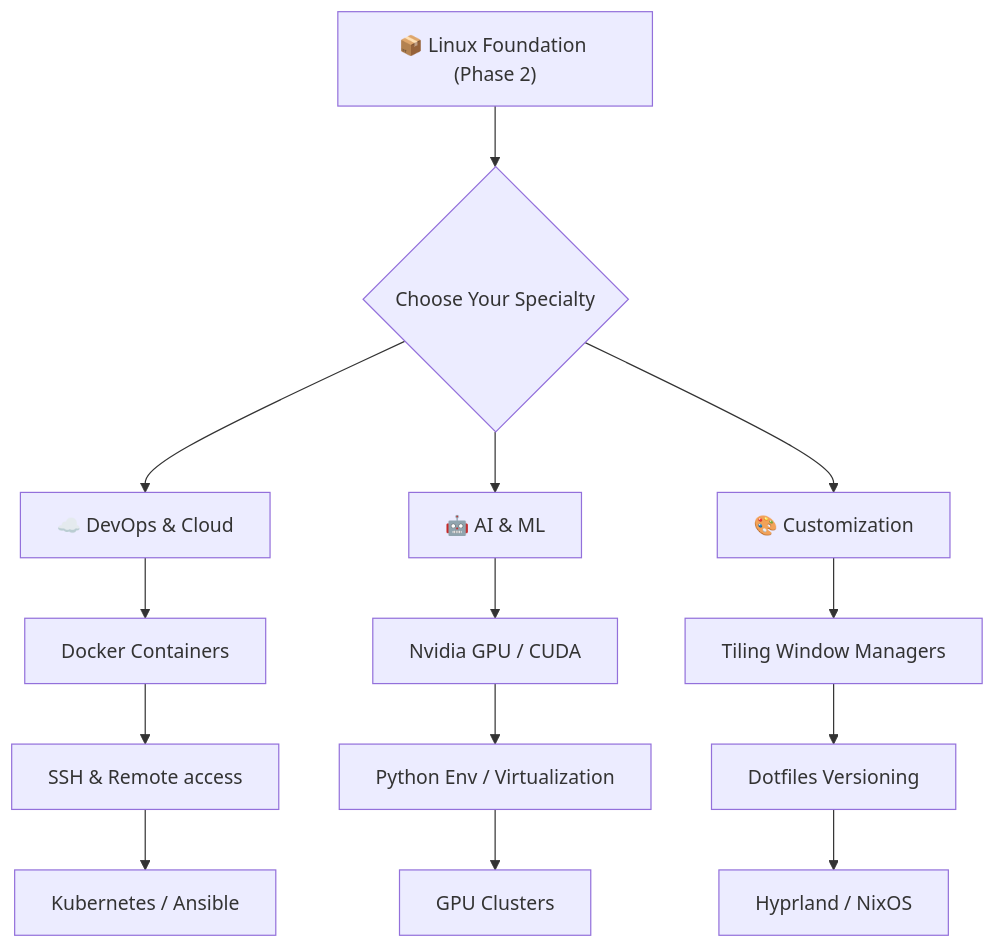
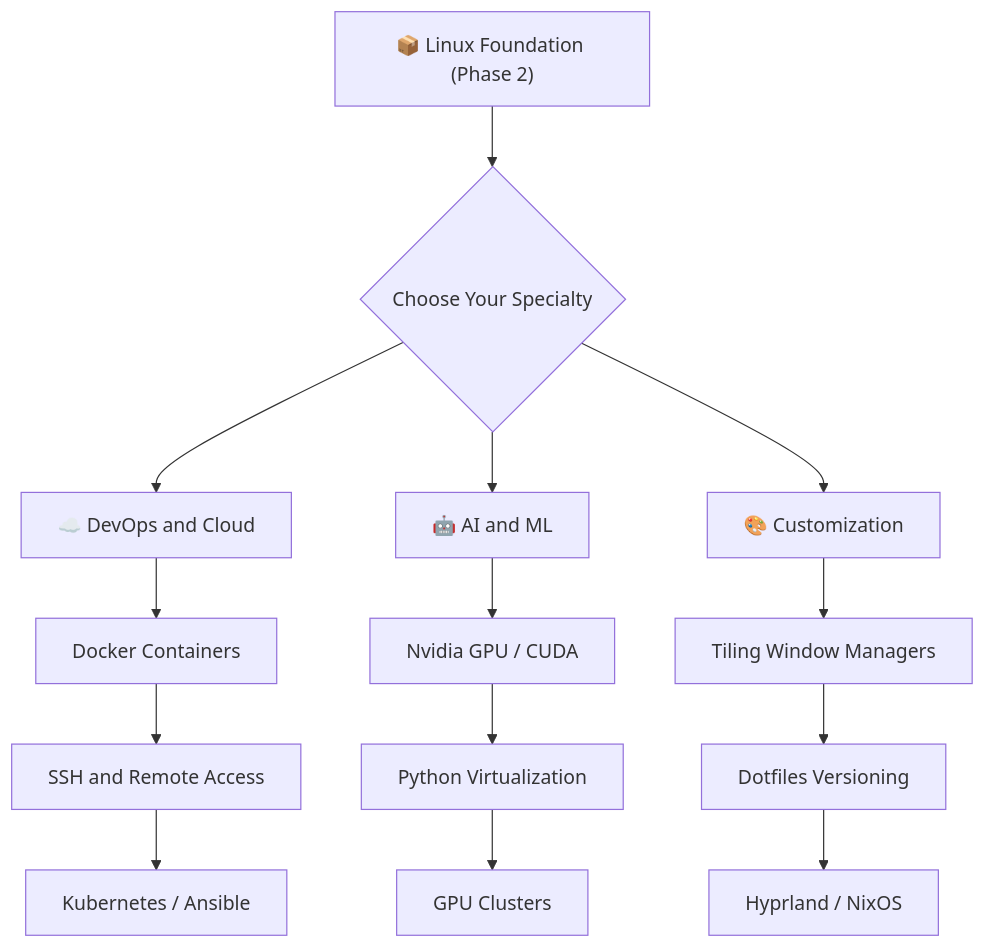
One commit to Harshajaya13/Foss-Club changed the fourth of 4 diagrams in phase2.md. Above: the diagram before and after it, drawn with Mermaid. The commit also changed other lines of this file and 3 other files, not shown here.

````diff
--- a/phase2.md
+++ b/phase2.md
@@ -277,12 +308,20 @@
 ```mermaid
 graph TD
-    Foundation["📦 Linux Foundation (Phase 2)"] --> Choice{"Choose Your Specialty"}
+    Foundation["📦 Linux Foundation (Phase 2)"] --> Choice{Choose Your Specialty}
     
-    Choice --> Devops["☁️ DevOps & Cloud"]
-    Choice --> AI["🤖 AI & ML"]
+    Choice --> Devops["☁️ DevOps and Cloud"]
+    Choice --> AI["🤖 AI and ML"]
     Choice --> Custom["🎨 Customization"]
     
-    Devops --> D1["Docker Containers"] --> D2["SSH & Remote access"] --> D3["Kubernetes / Ansible"]
-    AI --> A1["Nvidia GPU / CUDA"] --> A2["Python Env / Virtualization"] --> A3["GPU Clusters"]
-    Custom --> C1["Tiling Window Managers"] --> C2["Dotfiles Versioning"] --> C3["Hyprland / NixOS"]
+    Devops --> D1["Docker Containers"]
+    D1 --> D2["SSH and Remote Access"]
+    D2 --> D3["Kubernetes / Ansible"]
+    
+    AI --> A1["Nvidia GPU / CUDA"]
+    A1 --> A2["Python Virtualization"]
+    A2 --> A3["GPU Clusters"]
+    
+    Custom --> C1["Tiling Window Managers"]
+    C1 --> C2["Dotfiles Versioning"]
+    C2 --> C3["Hyprland / NixOS"]
 ```
````
